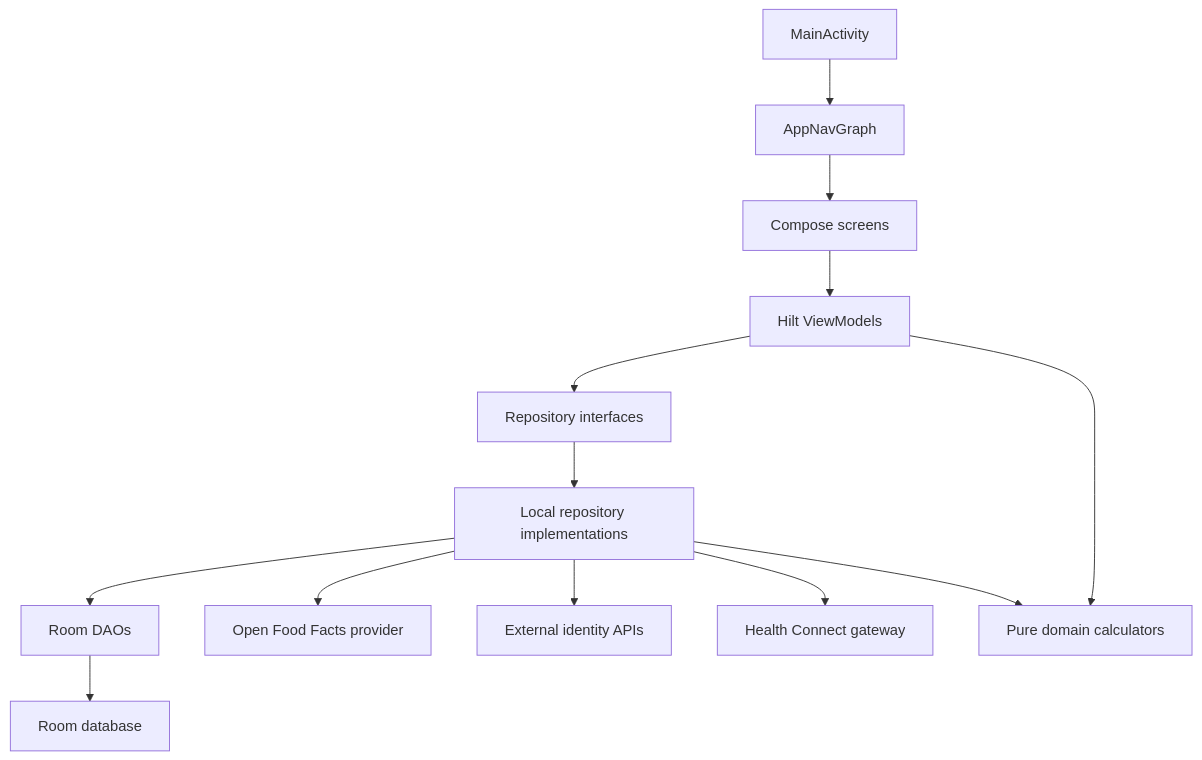
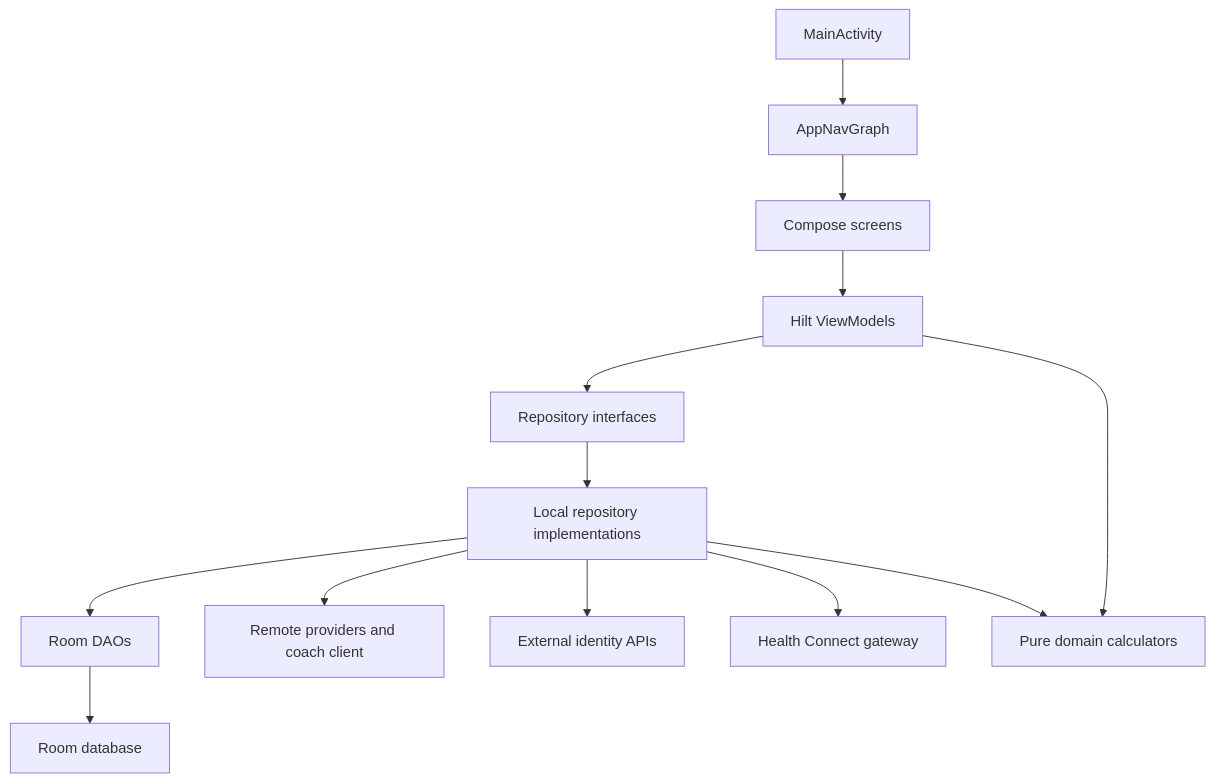
Before and after one commit to attmous/MusFit: the diagram in docs/architecture/README.md, drawn with Mermaid. The commit also changed other lines of this file and 18 other files, not shown here.

````diff
--- a/docs/architecture/README.md
+++ b/docs/architecture/README.md
@@ -67,28 +78,28 @@
 ```mermaid
 flowchart TD
     MainActivity["MainActivity"]
     Nav["AppNavGraph"]
     Screens["Compose screens"]
     ViewModels["Hilt ViewModels"]
     Repos["Repository interfaces"]
     LocalRepos["Local repository implementations"]
     DAOs["Room DAOs"]
     DB["Room database"]
-    Remote["Open Food Facts provider"]
+    Remote["Remote providers and coach client"]
     AuthRemote["External identity APIs"]
     Health["Health Connect gateway"]
     Domain["Pure domain calculators"]
 
     MainActivity --> Nav
     Nav --> Screens
     Screens --> ViewModels
     ViewModels --> Repos
     ViewModels --> Domain
     Repos --> LocalRepos
     LocalRepos --> DAOs
     LocalRepos --> Remote
     LocalRepos --> AuthRemote
     LocalRepos --> Health
     LocalRepos --> Domain
     DAOs --> DB
 ```
````
